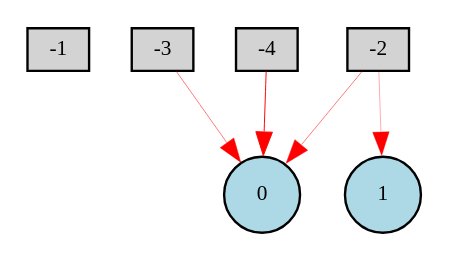
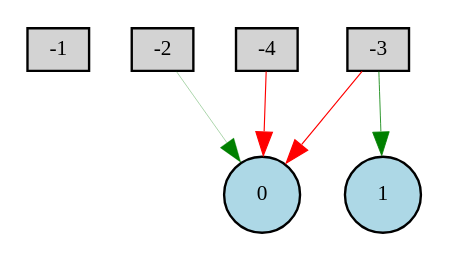
The diagram in cartpole/Digraph.gv (thomashiemstra/openAI_gym), drawn with Graphviz before and after one commit. The commit also changed 16 other files, not shown here.

```diff
--- a/cartpole/Digraph.gv
+++ b/cartpole/Digraph.gv
@@ -1,13 +1,13 @@
 digraph {
 	node [fontsize=9 height=0.2 shape=circle width=0.2]
 	-1 [fillcolor=lightgray shape=box style=filled]
 	-2 [fillcolor=lightgray shape=box style=filled]
 	-3 [fillcolor=lightgray shape=box style=filled]
 	-4 [fillcolor=lightgray shape=box style=filled]
 	0 [fillcolor=lightblue style=filled]
 	1 [fillcolor=lightblue style=filled]
-	-2 -> 1 [color=red penwidth=0.14205254876666634 style=solid]
-	-2 -> 0 [color=red penwidth=0.2156383666958097 style=solid]
-	-3 -> 0 [color=red penwidth=0.21942212492109517 style=solid]
-	-4 -> 0 [color=red penwidth=0.40643731253867466 style=solid]
+	-3 -> 1 [color=green penwidth=0.34448969283913283 style=solid]
+	-2 -> 0 [color=green penwidth=0.13514646794300866 style=solid]
+	-3 -> 0 [color=red penwidth=0.4998585949277714 style=solid]
+	-4 -> 0 [color=red penwidth=0.4779316008943719 style=solid]
 }
```
